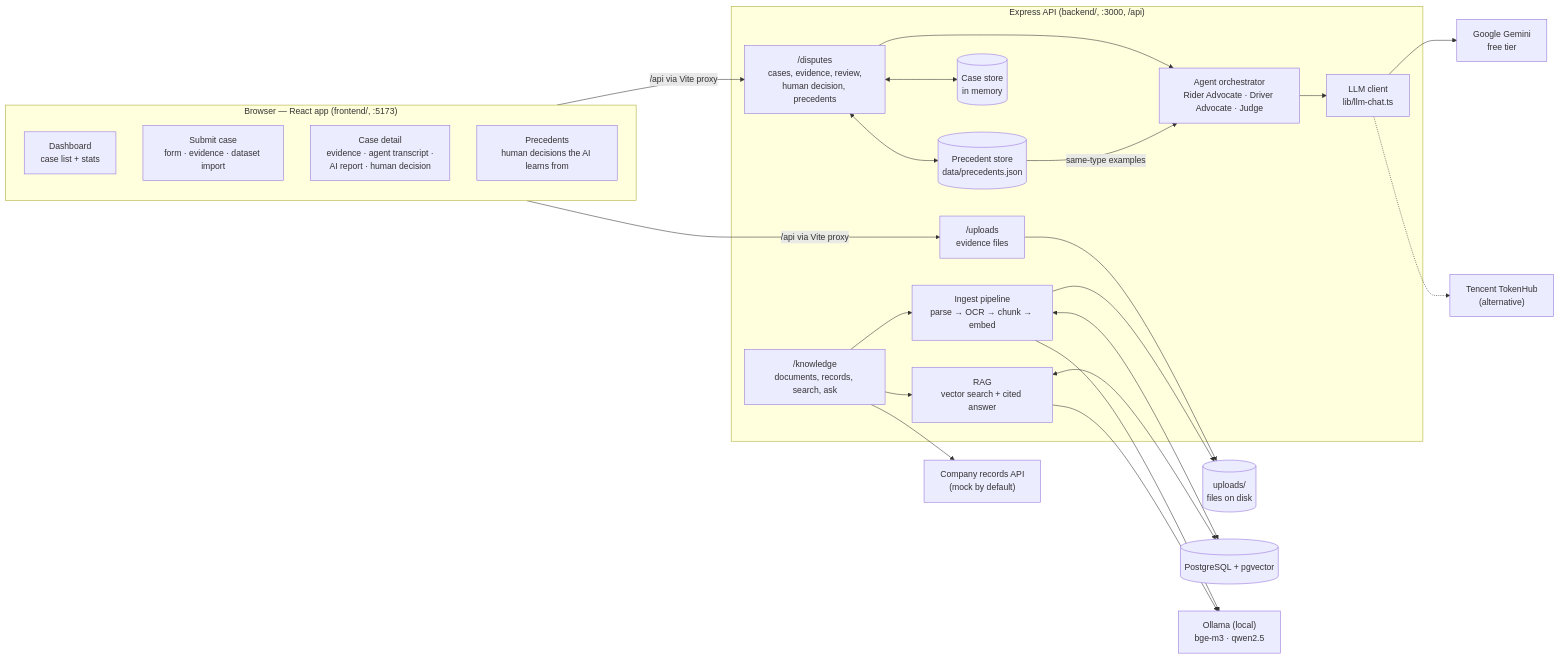
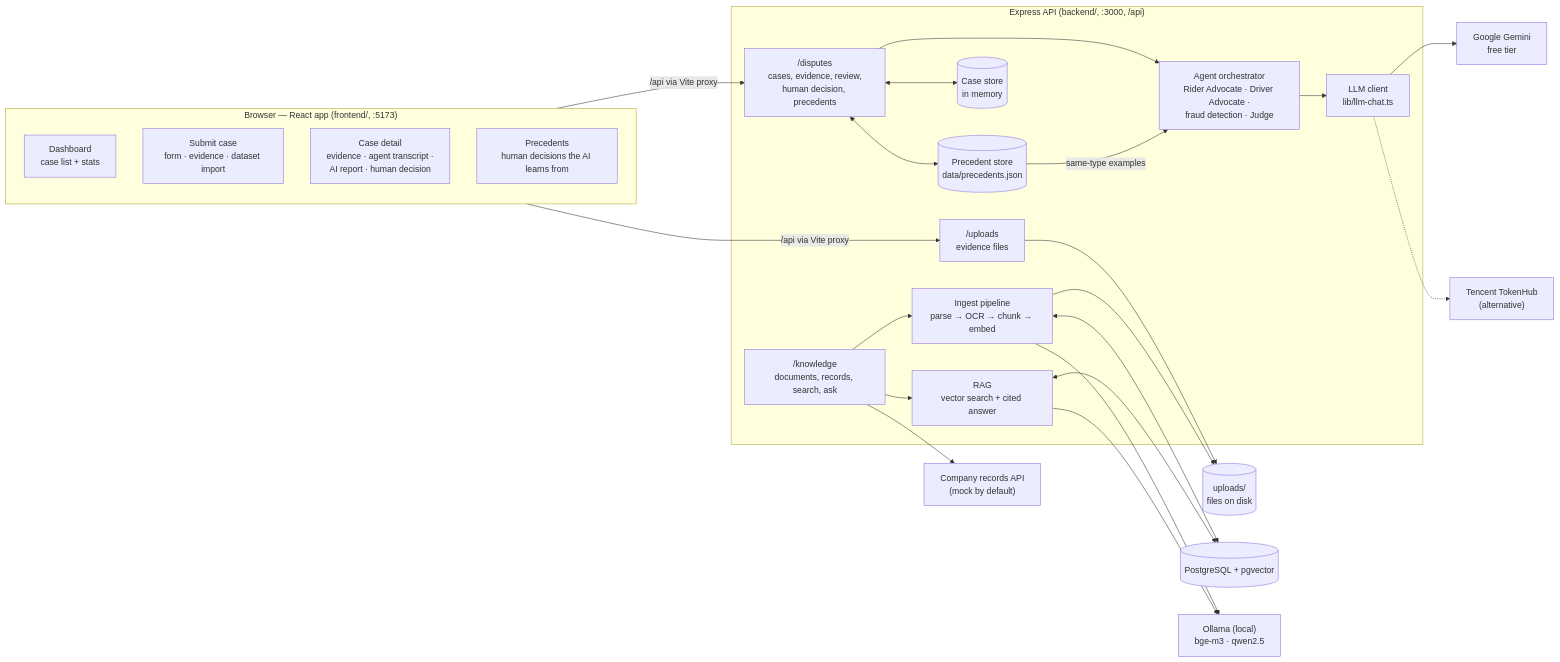
Before and after one commit to RL1812/Tencent_Cloud_Captain_Dragonfly: the first of 3 diagrams in dispute-review-agent/README.md, drawn with Mermaid. The commit also changed other lines of this file and 12 other files, not shown here.

````diff
--- a/dispute-review-agent/README.md
+++ b/dispute-review-agent/README.md
@@ -16,42 +16,42 @@
 ```mermaid
 flowchart LR
     subgraph Browser["Browser — React app (frontend/, :5173)"]
         DASH["Dashboard<br/>case list + stats"]
         SUBMIT["Submit case<br/>form · evidence · dataset import"]
         DETAIL["Case detail<br/>evidence · agent transcript ·<br/>AI report · human decision"]
         PREC_UI["Precedents<br/>human decisions the AI learns from"]
     end
 
     subgraph API["Express API (backend/, :3000, /api)"]
         DR["/disputes<br/>cases, evidence, review,<br/>human decision, precedents"]
         UP["/uploads<br/>evidence files"]
         KB["/knowledge<br/>documents, records, search, ask"]
         STORE[("Case store<br/>in memory")]
-        ORCH["Agent orchestrator<br/>Rider Advocate · Driver Advocate · Judge"]
+        ORCH["Agent orchestrator<br/>Rider Advocate · Driver Advocate ·<br/>fraud detection · Judge"]
         PSTORE[("Precedent store<br/>data/precedents.json")]
         LLM["LLM client<br/>lib/llm-chat.ts"]
         ING["Ingest pipeline<br/>parse → OCR → chunk → embed"]
         RAG["RAG<br/>vector search + cited answer"]
     end
 
     DISK[("uploads/<br/>files on disk")]
     PG[("PostgreSQL + pgvector")]
     OLLAMA["Ollama (local)<br/>bge-m3 · qwen2.5"]
     GEMINI["Google Gemini<br/>free tier"]
     TH["Tencent TokenHub<br/>(alternative)"]
     COMPANY["Company records API<br/>(mock by default)"]
 
     Browser -- "/api via Vite proxy" --> DR & UP
     DR <--> STORE
     DR --> ORCH --> LLM
     DR <--> PSTORE
     PSTORE -- "same-type examples" --> ORCH
     LLM --> GEMINI
     LLM -.-> TH
     UP --> DISK
     KB --> ING & RAG
     ING --> DISK
     ING & RAG <--> PG
     ING & RAG --> OLLAMA
     KB --> COMPANY
 ```
````
